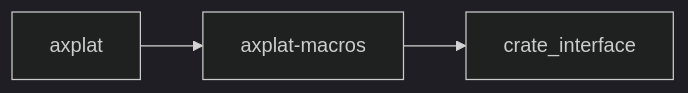
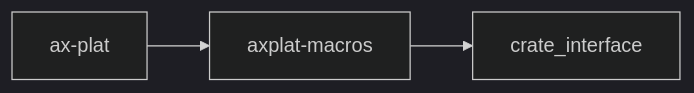
The second of 2 diagrams in docs/crates/axplat-macros.md (zKurisu/tgoskits), drawn with Mermaid (dark theme) before and after one commit. The commit also changed other lines of this file and 199 other files, not shown here.

Commit message:
rename axplat to ax-plat

````diff
--- a/docs/crates/axplat-macros.md
+++ b/docs/crates/axplat-macros.md
@@ -182,6 +182,6 @@
 ```mermaid
 graph LR
     current["axplat-macros"]
     current --> crate_interface["crate_interface"]
-    axplat["axplat"] --> current
+    axplat["ax-plat"] --> current
 ```
````
